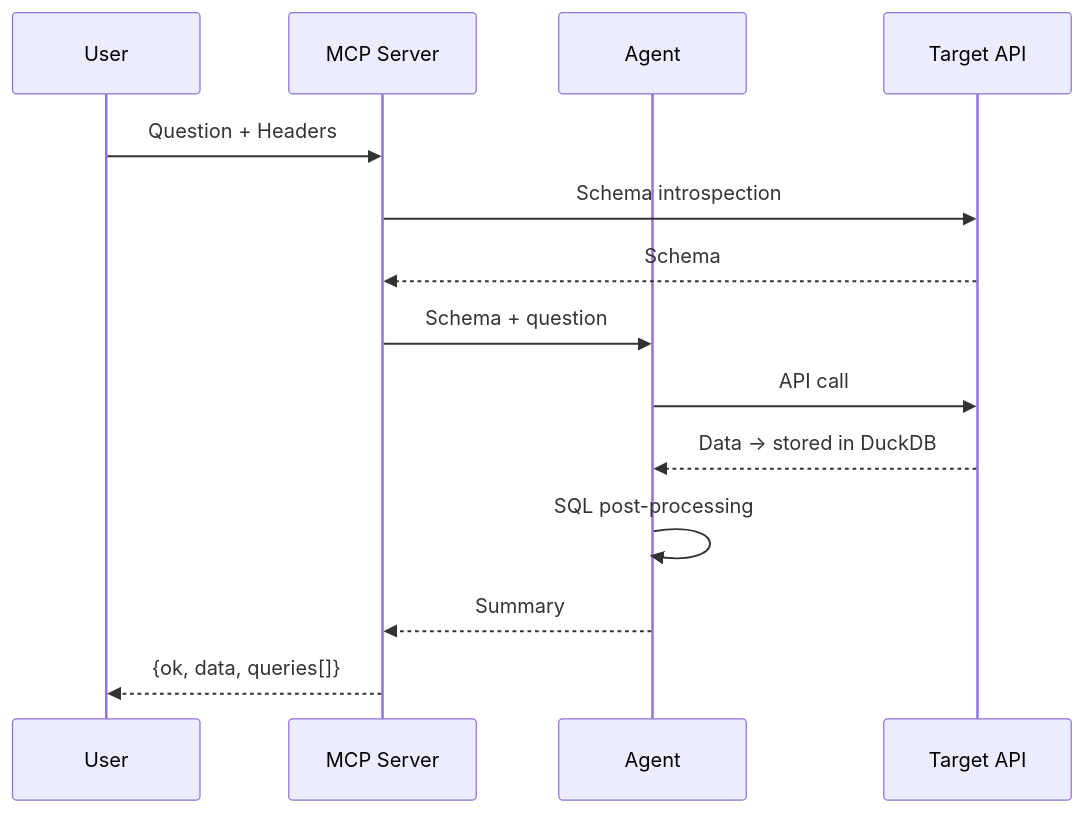
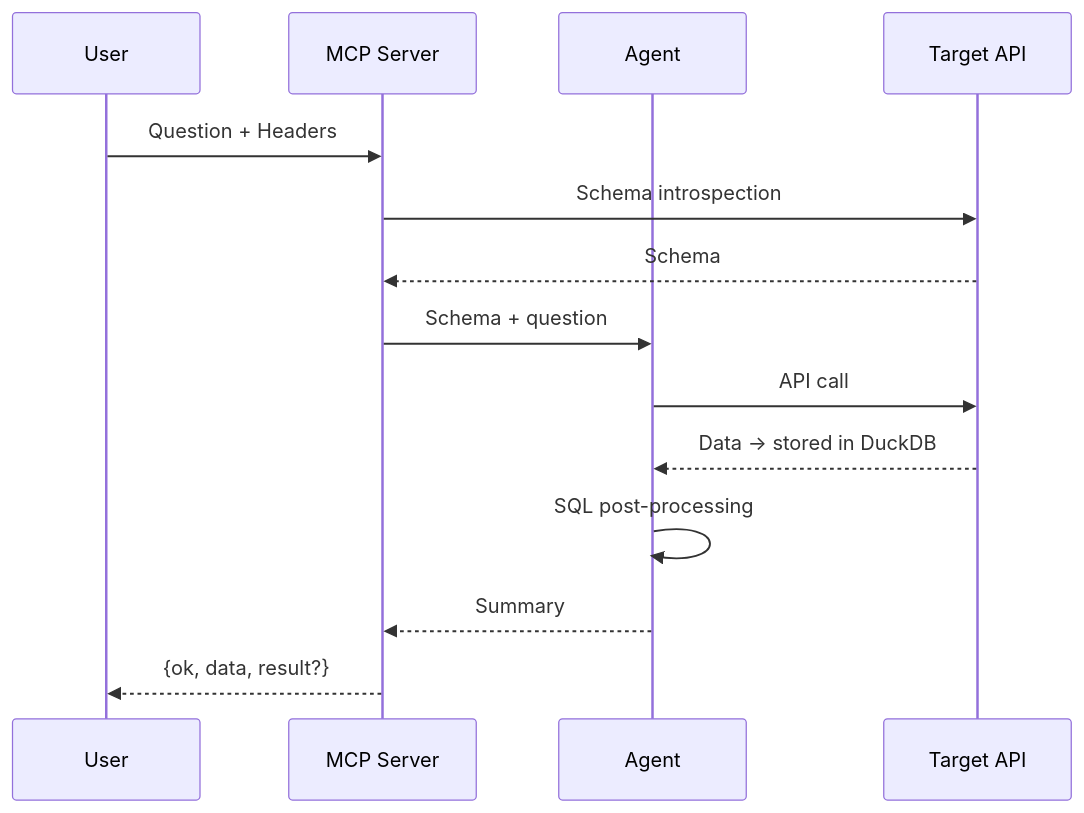
One commit to agoda-com/api-agent changed the first of 3 diagrams in README.md. Above: the diagram before and after it, drawn with Mermaid. The commit also changed other lines of this file and 78 other files, not shown here.

````diff
--- a/README.md
+++ b/README.md
@@ -186,17 +216,17 @@
 ```mermaid
 sequenceDiagram
     participant U as User
     participant M as MCP Server
     participant A as Agent
     participant G as Target API
 
     U->>M: Question + Headers
     M->>G: Schema introspection
     G-->>M: Schema
     M->>A: Schema + question
     A->>G: API call
     G-->>A: Data → stored in DuckDB
     A->>A: SQL post-processing
     A-->>M: Summary
-    M-->>U: {ok, data, queries[]}
+    M-->>U: {ok, data, result?}
 ```
````
